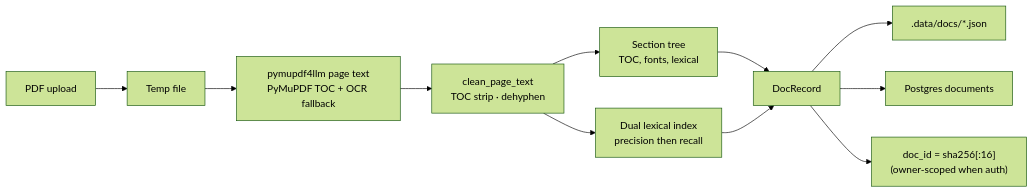
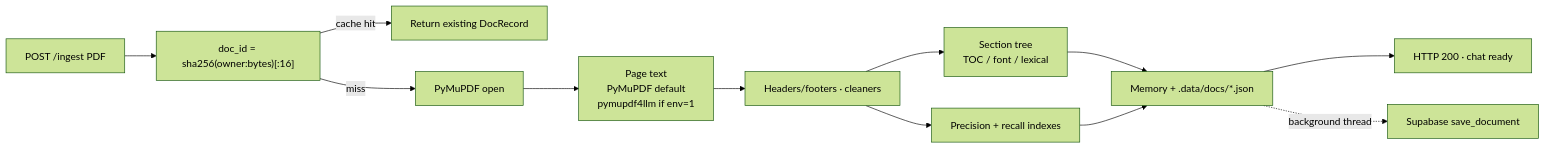
Before and after one commit to riyaz-ahamed-07/SixCall: the third of 4 diagrams in README.md, drawn with Mermaid (forest theme). The commit also changed other lines of this file, not shown here.

First line of the commit message:
Document local-first ingest and current ask path in the README.

````diff
--- a/README.md
+++ b/README.md
@@ -212,13 +149,14 @@
 ```mermaid
 flowchart LR
-  PDF["PDF upload"] --> TMP["Temp file"]
-  TMP --> PYM["pymupdf4llm page text<br/>PyMuPDF TOC + OCR fallback"]
-  PYM --> CLEAN["clean_page_text<br/>TOC strip · dehyphen"]
-  CLEAN --> HEAD["Section tree<br/>TOC, fonts, lexical"]
-  CLEAN --> IDX["Dual lexical index<br/>precision then recall"]
-  HEAD --> REC["DocRecord"]
-  IDX --> REC
-  REC --> DISK[".data/docs/*.json"]
-  REC --> PG["Postgres documents"]
-  REC --> ID["doc_id = sha256[:16]<br/>(owner-scoped when auth)"]
+  PDF["POST /ingest PDF"] --> ID["doc_id = sha256(owner:bytes)[:16]"]
+  ID -->|cache hit| MEM["Return existing DocRecord"]
+  ID -->|miss| OPEN["PyMuPDF open"]
+  OPEN --> TXT["Page text<br/>PyMuPDF default<br/>pymupdf4llm if env=1"]
+  TXT --> CLEAN["Headers/footers · cleaners"]
+  CLEAN --> HEAD["Section tree<br/>TOC / font / lexical"]
+  CLEAN --> IDX["Precision + recall indexes"]
+  HEAD --> LOCAL["Memory + .data/docs/*.json"]
+  IDX --> LOCAL
+  LOCAL --> READY["HTTP 200 · chat ready"]
+  LOCAL -.->|background thread| PG["Supabase save_document"]
 ```
````
